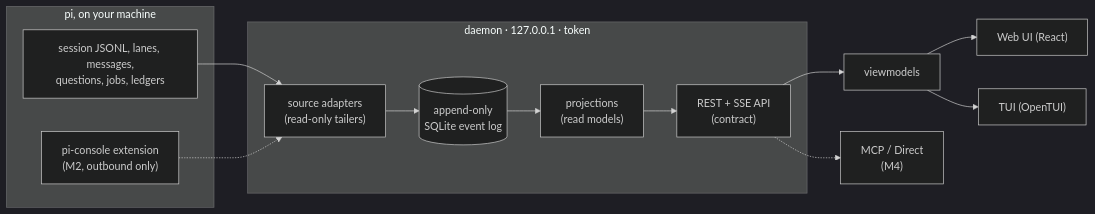
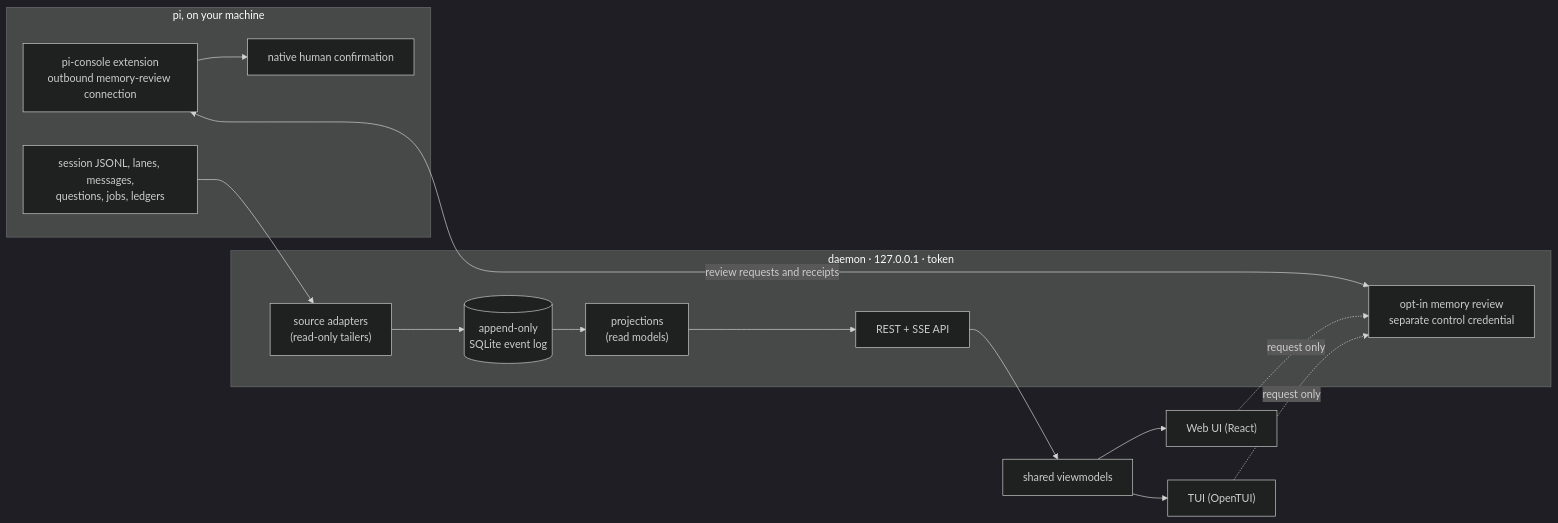
One commit to woksin/pi-console changed the diagram in README.md. Above: the diagram before and after it, drawn with Mermaid (dark theme). The commit also changed other lines of this file and 2 other files, not shown here.

Commit message:
Improve README gallery and add console quick start

````diff
--- a/README.md
+++ b/README.md
@@ -180,18 +206,22 @@
 ```mermaid
 flowchart LR
   subgraph pi["pi, on your machine"]
     files["session JSONL, lanes, messages,<br/>questions, jobs, ledgers"]
-    ext["pi-console extension<br/>(M2, outbound only)"]
+    ext["pi-console extension<br/>outbound memory-review connection"]
+    human["native human confirmation"]
   end
   subgraph daemon["daemon · 127.0.0.1 · token"]
     adapters["source adapters<br/>(read-only tailers)"] --> log[("append-only<br/>SQLite event log")]
     log --> proj["projections<br/>(read models)"]
-    proj --> api["REST + SSE API<br/>(contract)"]
+    proj --> api["REST + SSE API"]
+    review["opt-in memory review<br/>separate control credential"]
   end
   files --> adapters
-  ext -.-> adapters
-  api --> vm["viewmodels"]
+  ext <-->|"review requests and receipts"| review
+  ext --> human
+  api --> vm["shared viewmodels"]
   vm --> web["Web UI (React)"]
   vm --> tui["TUI (OpenTUI)"]
-  api -.-> mcp["MCP / Direct<br/>(M4)"]
+  web -.->|"request only"| review
+  tui -.->|"request only"| review
 ```
````
